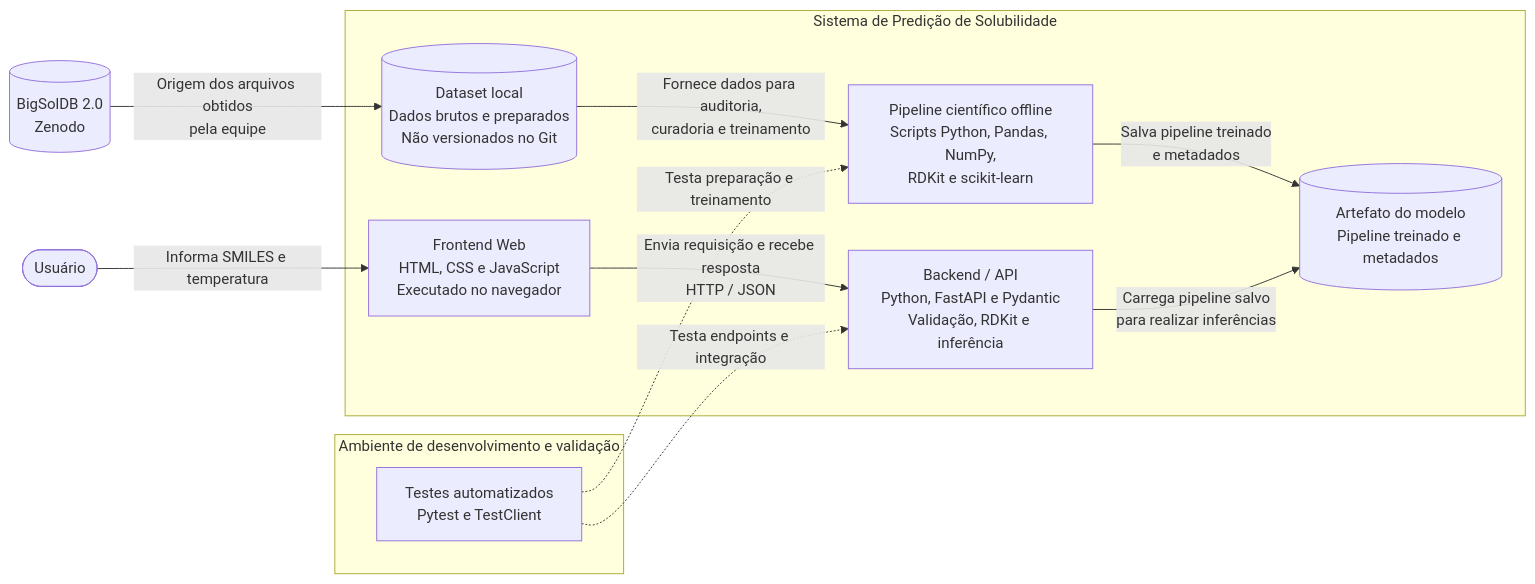
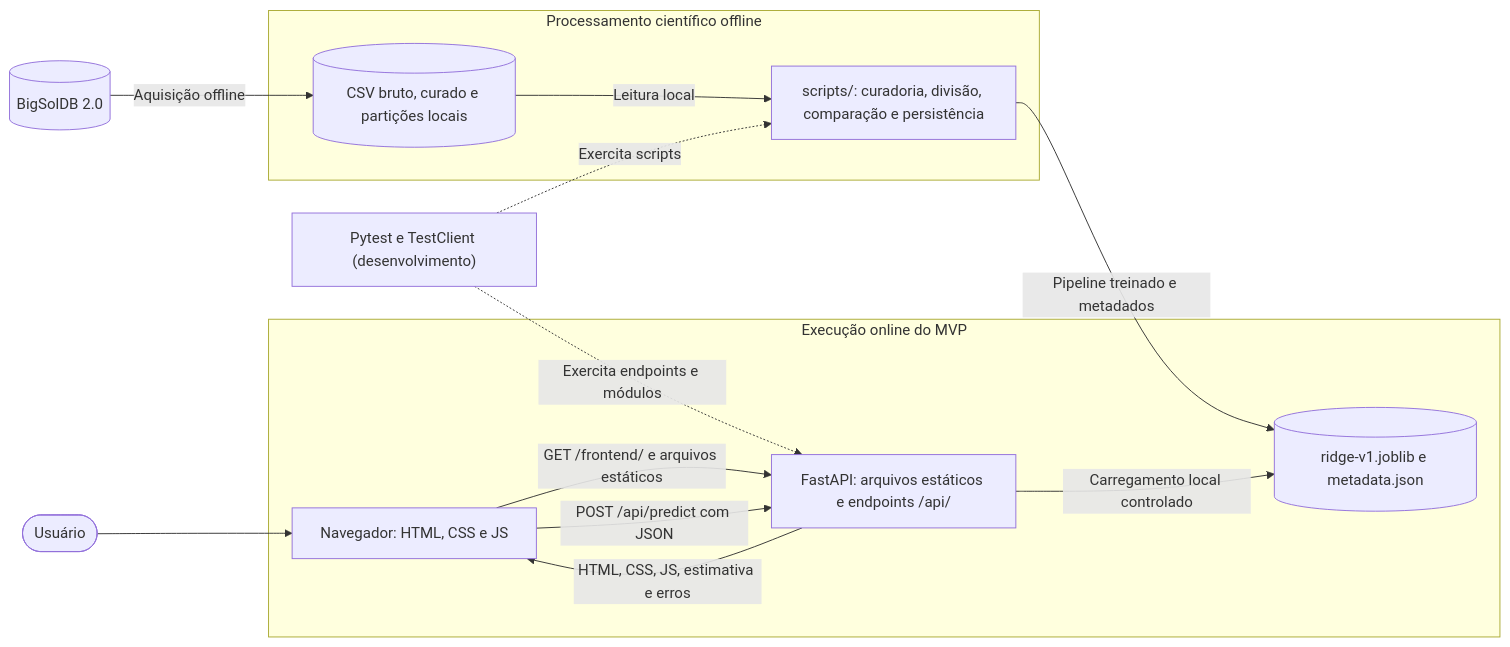
One commit to Wendel-Costa/tcc-predicao-solubilidade changed the diagram in docs/diagramas/02-diagrama-conteineres.md. Above: the diagram before and after it, drawn with Mermaid. The commit also changed other lines of this file and 5 other files, not shown here.

Commit message:
docs: atualizar diagramas da arquitetura e fluxo cientifico

````diff
--- a/docs/diagramas/02-diagrama-conteineres.md
+++ b/docs/diagramas/02-diagrama-conteineres.md
@@ -12,38 +9,25 @@
 ```mermaid
 flowchart LR
     usuario(["Usuário"])
-
-    bigsoldb[("BigSolDB 2.0<br/>Zenodo")]
-
-    subgraph sistema["Sistema de Predição de Solubilidade"]
-        frontend["Frontend Web<br/>HTML, CSS e JavaScript<br/>Executado no navegador"]
-
-        api["Backend / API<br/>Python, FastAPI e Pydantic<br/>Validação, RDKit e inferência"]
-
-        pipeline["Pipeline científico offline<br/>Scripts Python, Pandas, NumPy,<br/>RDKit e scikit-learn"]
-
-        dataset[("Dataset local<br/>Dados brutos e preparados<br/>Não versionados no Git")]
-
-        artefato[("Artefato do modelo<br/>Pipeline treinado e metadados")]
+    fonte[("BigSolDB 2.0")]
+    subgraph execucao["Execução online do MVP"]
+        navegador["Navegador: HTML, CSS e JS"]
+        api["FastAPI: arquivos estáticos e endpoints /api/"]
+        artefato[("ridge-v1.joblib e metadata.json")]
     end
-
-    subgraph desenvolvimento["Ambiente de desenvolvimento e validação"]
-        testes["Testes automatizados<br/>Pytest e TestClient"]
+    subgraph offline["Processamento científico offline"]
+        dados[("CSV bruto, curado e partições locais")]
+        scripts["scripts/: curadoria, divisão, comparação e persistência"]
     end
-
-    usuario -->|"Informa SMILES e temperatura"| frontend
-
-    frontend -->|"Envia requisição e recebe resposta<br/>HTTP / JSON"| api
-
-    bigsoldb -->|"Origem dos arquivos obtidos<br/>pela equipe"| dataset
-
-    dataset -->|"Fornece dados para auditoria,<br/>curadoria e treinamento"| pipeline
-
-    pipeline -->|"Salva pipeline treinado<br/>e metadados"| artefato
-
-    api -->|"Carrega pipeline salvo<br/>para realizar inferências"| artefato
-
-    testes -.->|"Testa endpoints e integração"| api
-
-    testes -.->|"Testa preparação e treinamento"| pipeline
+    testes["Pytest e TestClient (desenvolvimento)"]
+    usuario --> navegador
+    navegador -->|"GET /frontend/ e arquivos estáticos"| api
+    navegador -->|"POST /api/predict com JSON"| api
+    api -->|"HTML, CSS, JS, estimativa e erros"| navegador
+    fonte -->|"Aquisição offline"| dados
+    dados -->|"Leitura local"| scripts
+    scripts -->|"Pipeline treinado e metadados"| artefato
+    api -->|"Carregamento local controlado"| artefato
+    testes -.->|"Exercita endpoints e módulos"| api
+    testes -.->|"Exercita scripts"| scripts
 ```
````
